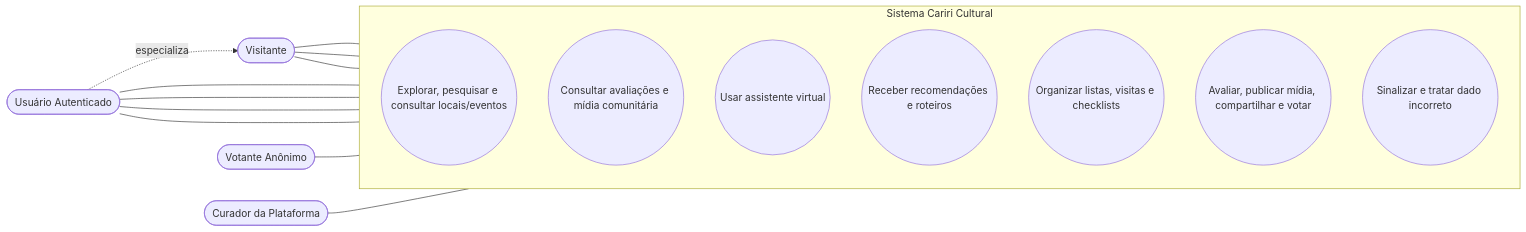
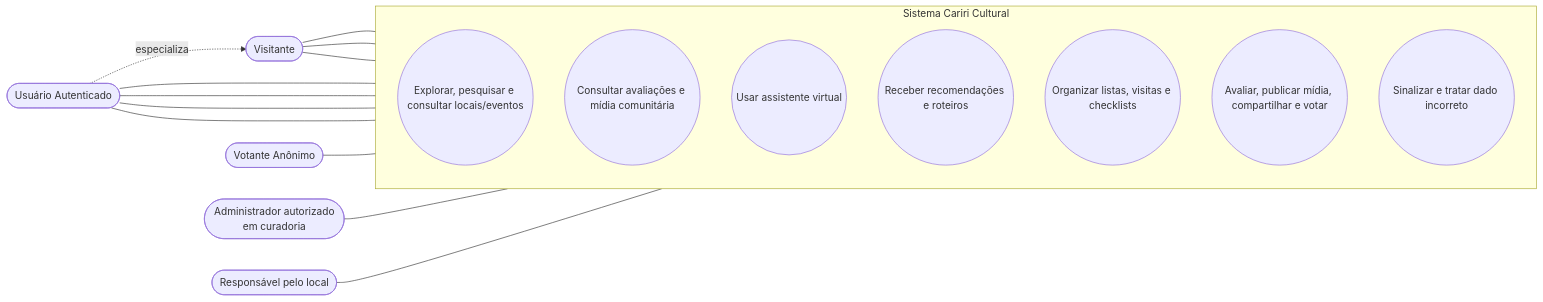
Before and after one commit to alan-mendes-ufca/CaririCultural: the first of 5 diagrams in home/user-cases/use-cases-diagram.md, drawn with Mermaid. The commit also changed other lines of this file and 6 other files, not shown here.

````diff
--- a/home/user-cases/use-cases-diagram.md
+++ b/home/user-cases/use-cases-diagram.md
@@ -19,29 +19,31 @@
 ```mermaid
 flowchart LR
     %% Atores
     V([Visitante])
     U([Usuário Autenticado])
     VA([Votante Anônimo])
-    CUR([Curador da Plataforma])
+    ADM([Administrador autorizado<br/>em curadoria])
+    RESP([Responsável pelo local])
 
     %% Fronteira do Sistema
     subgraph CC [Sistema Cariri Cultural]
         direction TB
         C1((Explorar, pesquisar e consultar locais/eventos))
         C2((Consultar avaliações e mídia comunitária))
         C3((Usar assistente virtual))
         C4((Receber recomendações e roteiros))
         C5((Organizar listas, visitas e checklists))
         C6((Avaliar, publicar mídia, compartilhar e votar))
         C7((Sinalizar e tratar dado incorreto))
     end
 
     %% Relações Ator -> Caso de Uso
     V --- C1 & C2 & C3
     U --- C4 & C5 & C6 & C7
     VA --- C6
-    CUR --- C7
+    ADM --- C7
+    RESP --- C7
 
     %% Especialização
     U -.->|especializa| V
 ```
````
